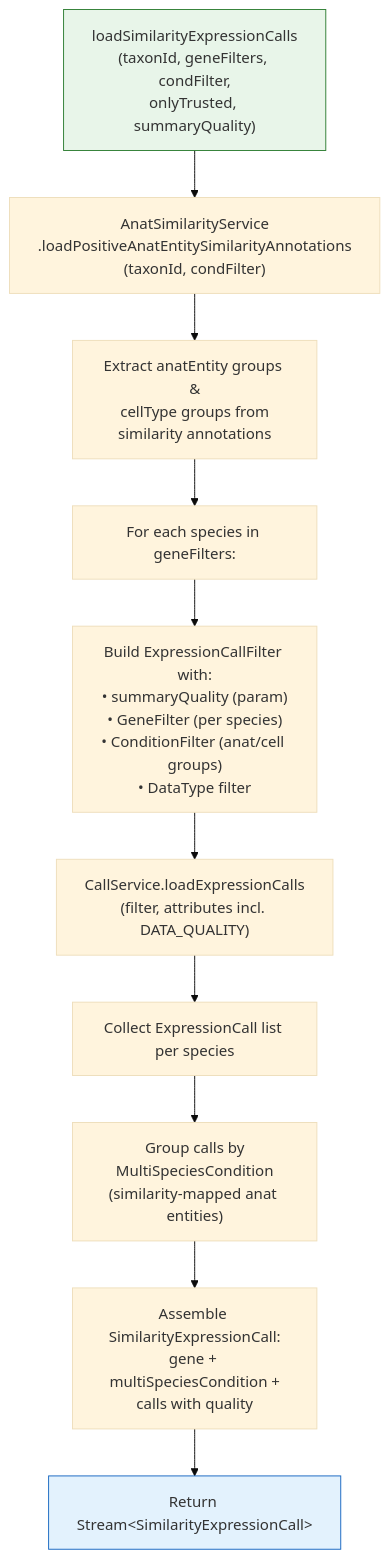
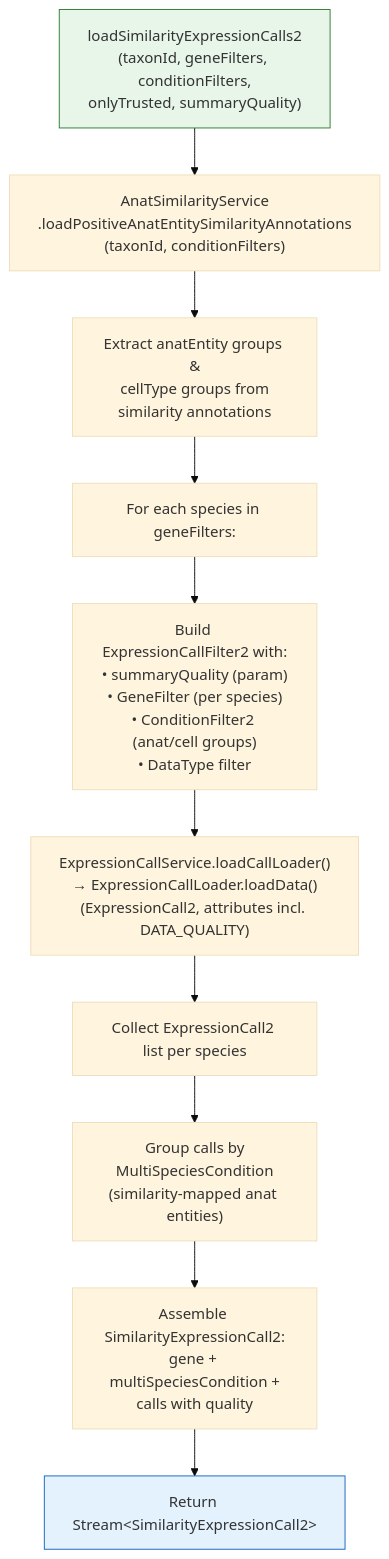
The third of 4 diagrams in bgee-webapp/docs/multispec_expr_calls_endpoint.qmd (BgeeDB/bgee_apps), drawn with Mermaid (base theme) before and after one commit. The commit also changed other lines of this file and 1 other file, not shown here.

````diff
--- a/bgee-webapp/docs/multispec_expr_calls_endpoint.qmd
+++ b/bgee-webapp/docs/multispec_expr_calls_endpoint.qmd
@@ -280,20 +283,20 @@
 ```{mermaid}
 %%| fig-width: 10
 flowchart TD
-    ENTRY["loadSimilarityExpressionCalls<br/>(taxonId, geneFilters, condFilter,<br/>onlyTrusted, summaryQuality)"]
-    ENTRY --> ANNOT["AnatSimilarityService<br/>.loadPositiveAnatEntitySimilarityAnnotations<br/>(taxonId, condFilter)"]
+    ENTRY["loadSimilarityExpressionCalls2<br/>(taxonId, geneFilters, conditionFilters,<br/>onlyTrusted, summaryQuality)"]
+    ENTRY --> ANNOT["AnatSimilarityService<br/>.loadPositiveAnatEntitySimilarityAnnotations<br/>(taxonId, conditionFilters)"]
     ANNOT --> AE_GROUPS["Extract anatEntity groups &<br/>cellType groups from<br/>similarity annotations"]
 
     AE_GROUPS --> PER_SPECIES["For each species in geneFilters:"]
-    PER_SPECIES --> BUILD_CF["Build ExpressionCallFilter with:<br/>• summaryQuality (param)<br/>• GeneFilter (per species)<br/>• ConditionFilter (anat/cell groups)<br/>• DataType filter"]
-    BUILD_CF --> LOAD_EC["CallService.loadExpressionCalls<br/>(filter, attributes incl. DATA_QUALITY)"]
-    LOAD_EC --> COLLECT_EC["Collect ExpressionCall list per species"]
+    PER_SPECIES --> BUILD_CF["Build ExpressionCallFilter2 with:<br/>• summaryQuality (param)<br/>• GeneFilter (per species)<br/>• ConditionFilter2 (anat/cell groups)<br/>• DataType filter"]
+    BUILD_CF --> LOAD_EC["ExpressionCallService.loadCallLoader()<br/>→ ExpressionCallLoader.loadData()<br/>(ExpressionCall2, attributes incl. DATA_QUALITY)"]
+    LOAD_EC --> COLLECT_EC["Collect ExpressionCall2 list per species"]
 
     COLLECT_EC --> GROUP["Group calls by<br/>MultiSpeciesCondition<br/>(similarity-mapped anat entities)"]
-    GROUP --> ASSEMBLE["Assemble SimilarityExpressionCall:<br/>gene + multiSpeciesCondition +<br/>calls with quality"]
+    GROUP --> ASSEMBLE["Assemble SimilarityExpressionCall2:<br/>gene + multiSpeciesCondition +<br/>calls with quality"]
 
-    ASSEMBLE --> STREAM["Return Stream&lt;SimilarityExpressionCall&gt;"]
+    ASSEMBLE --> STREAM["Return Stream&lt;SimilarityExpressionCall2&gt;"]
 
     style ENTRY fill:#e8f5e9,stroke:#2e7d32
     style STREAM fill:#e3f2fd,stroke:#1565c0
 ```
````
